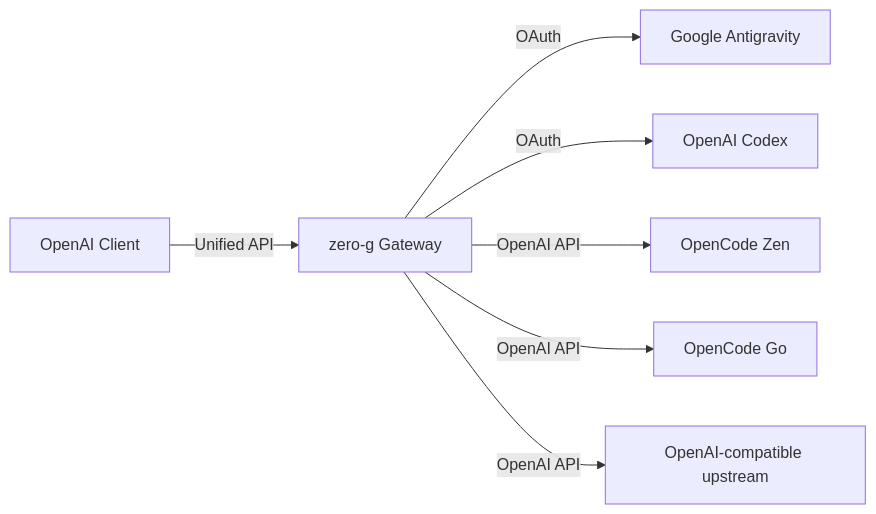
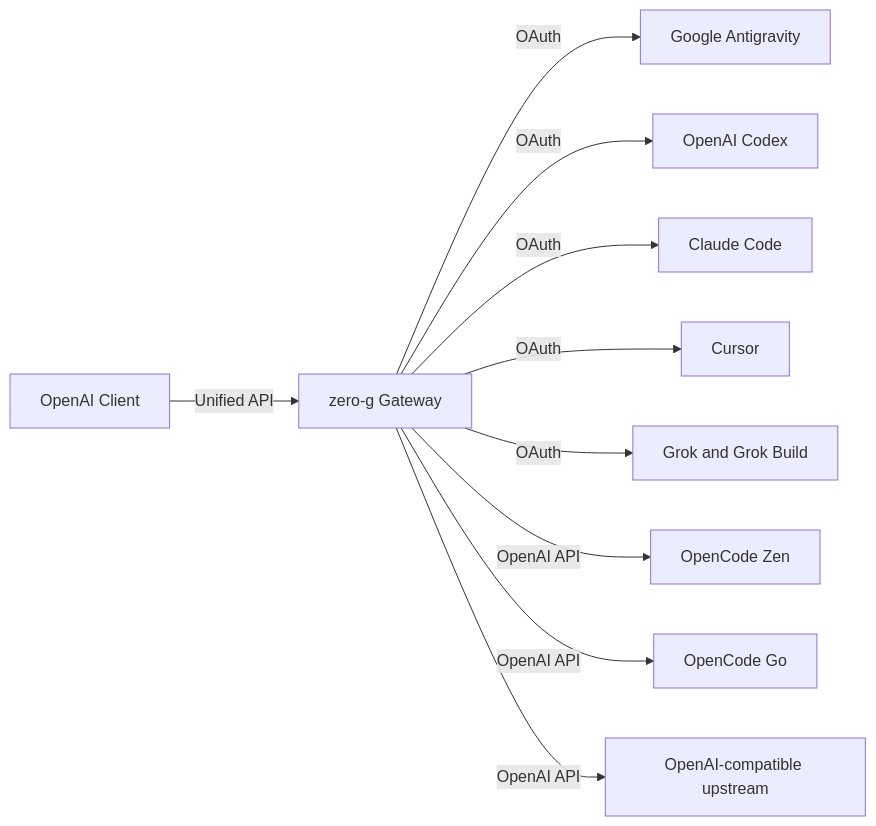
One commit to Delnegend/zero-g changed the diagram in README.md. Above: the diagram before and after it, drawn with Mermaid. The commit also changed other lines of this file and 3 other files, not shown here.

````diff
--- a/README.md
+++ b/README.md
@@ -64,9 +64,12 @@
 ```mermaid
 flowchart LR
     Client[OpenAI Client] -->|Unified API| ZeroG[zero-g Gateway]
     ZeroG -->|OAuth| CCA[Google Antigravity]
     ZeroG -->|OAuth| Codex[OpenAI Codex]
+    ZeroG -->|OAuth| Claude[Claude Code]
+    ZeroG -->|OAuth| Cursor[Cursor]
+    ZeroG -->|OAuth| Grok[Grok and Grok Build]
     ZeroG -->|OpenAI API| Zen[OpenCode Zen]
     ZeroG -->|OpenAI API| Go[OpenCode Go]
     ZeroG -->|OpenAI API| Custom[OpenAI-compatible upstream]
 ```
````
